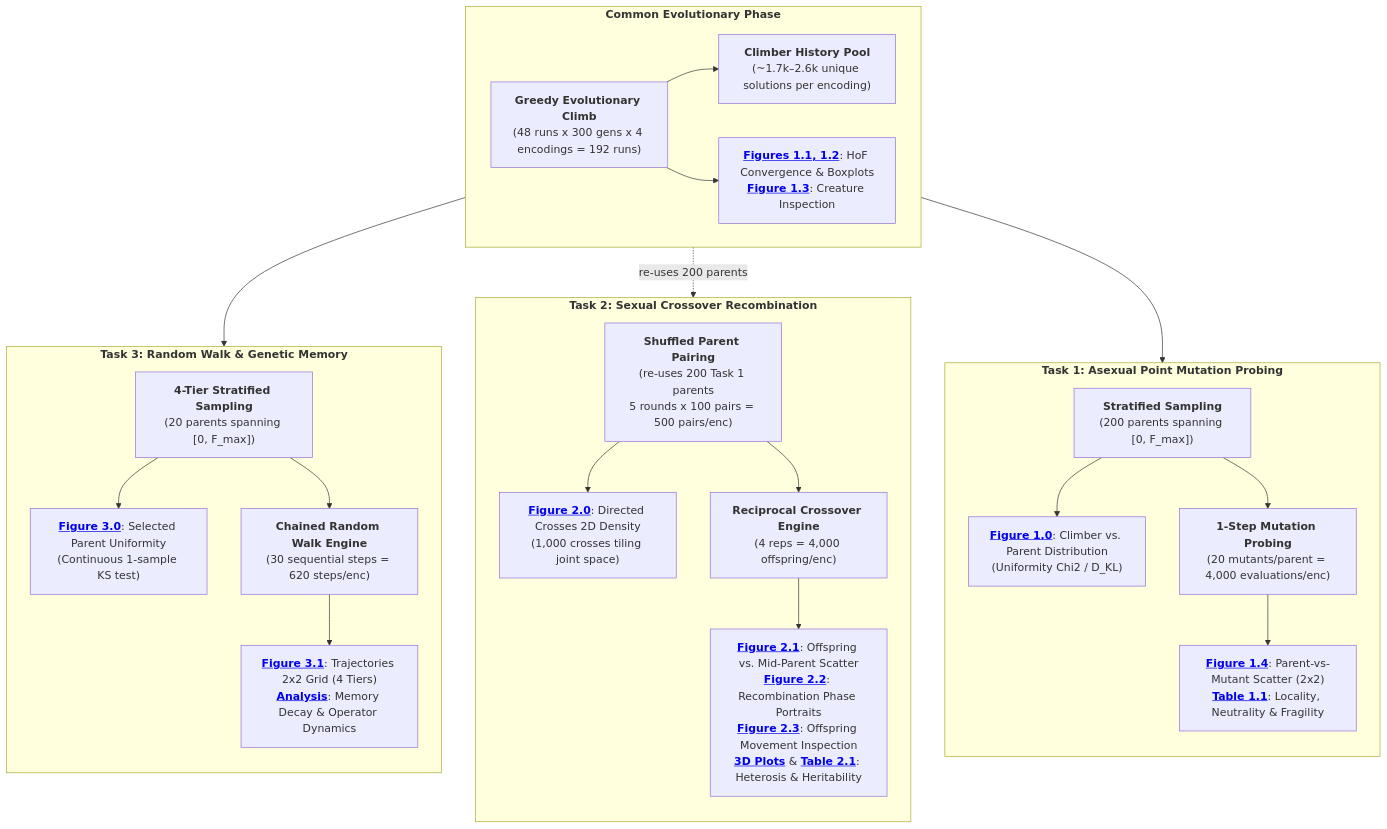
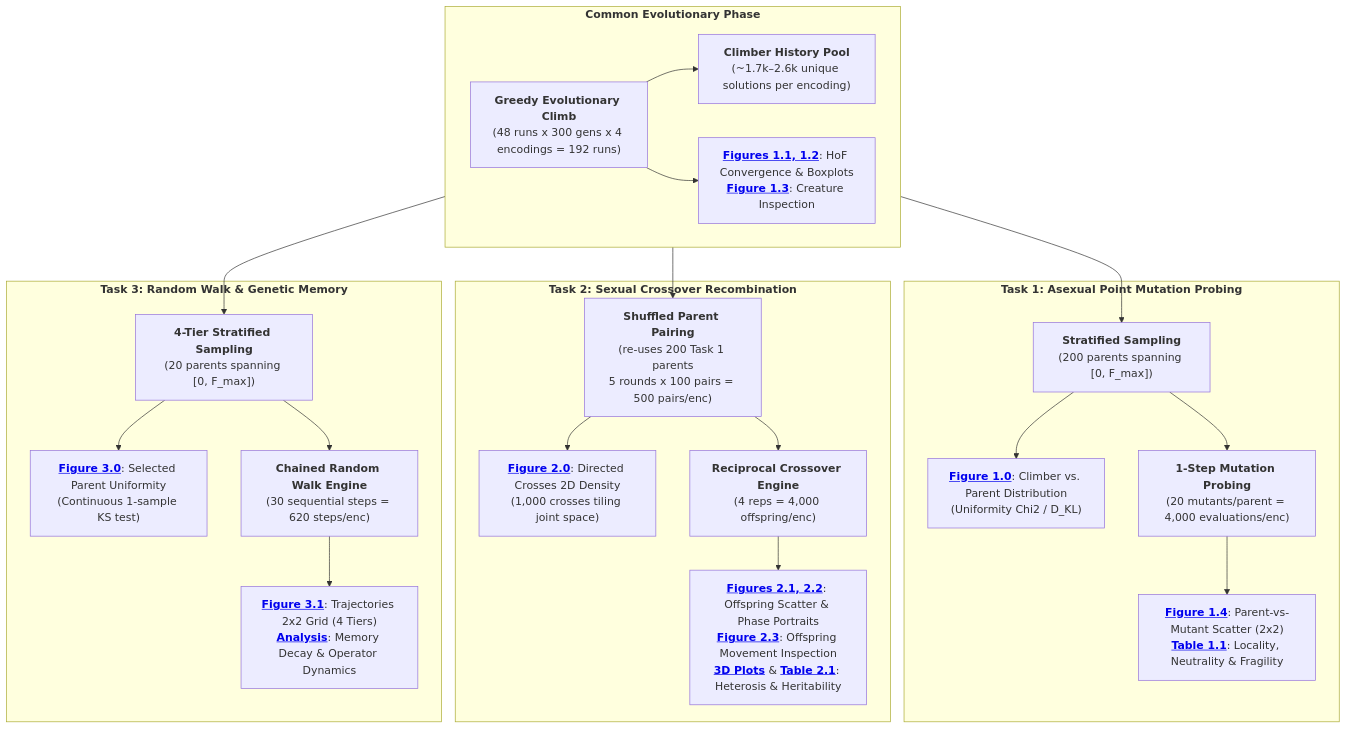
Before and after one commit to Klavierkonzert/msc-ai: the diagram in sem-1/BIA/Evolutionary Design/assignments/Assignment 6 - Fitness Landscape Exploration/README.md, drawn with Mermaid. The commit also changed other lines of this file, not shown here.

````diff
--- a/sem-1/BIA/Evolutionary Design/assignments/Assignment 6 - Fitness Landscape Exploration/README.md
+++ b/sem-1/BIA/Evolutionary Design/assignments/Assignment 6 - Fitness Landscape Exploration/README.md
@@ -48,47 +42,44 @@
 ```mermaid
 flowchart TD
     subgraph Base ["<b>Common Evolutionary Phase</b>"]
         direction LR
         Climb["<b>Greedy Evolutionary Climb</b><br>(48 runs x 300 gens x 4 encodings = 192 runs)"]
         Pool["<b>Climber History Pool</b><br>(~1.7k–2.6k unique solutions per encoding)"]
         Climb --> Pool
-        Climb --> Fig1_1["<a href=./task1/report.md#fig-evolution-mean-curves><b>Figures 1.1, 1.2</b></a>: HoF Convergence & Boxplots<br><a href=./task1/report.md#fig-best-creature-inspection><b>Figure 1.3</b></a>: Creature Inspection"]
+        Climb --> Fig1_1["<a href=./task1/README.md#fig-evolution-mean-curves><b>Figures 1.1, 1.2</b></a>: HoF Convergence & Boxplots<br><a href=./task1/README.md#fig-best-creature-inspection><b>Figure 1.3</b></a>: Creature Inspection"]
     end
 
     subgraph Task1 ["<b>Task 1: Asexual Point Mutation Probing</b>"]
-        direction TB
         T1_Sample["<b>Stratified Sampling</b><br>(200 parents spanning [0, F_max])"]
-        T1_Fig0["<a href=./task1/report.md#fig-distribution-parents-climbers><b>Figure 1.0</b></a>: Climber vs. Parent Distribution<br>(Uniformity Chi2 / D_KL)"]
+        T1_Fig0["<a href=./task1/README.md#fig-distribution-parents-climbers><b>Figure 1.0</b></a>: Climber vs. Parent Distribution<br>(Uniformity Chi2 / D_KL)"]
         T1_Probe["<b>1-Step Mutation Probing</b><br>(20 mutants/parent = 4,000 evaluations/enc)"]
-        T1_Fig4["<a href=./task1/report.md#fig-parent-mutant-fitness-scatter-plots><b>Figure 1.4</b></a>: Parent-vs-Mutant Scatter (2x2)<br><a href=./task1/report.md#table-neighborhood-characteristics><b>Table 1.1</b></a>: Locality, Neutrality & Fragility"]
+        T1_Fig4["<a href=./task1/README.md#fig-parent-mutant-fitness-scatter-plots><b>Figure 1.4</b></a>: Parent-vs-Mutant Scatter (2x2)<br><a href=./task1/README.md#table-neighborhood-characteristics><b>Table 1.1</b></a>: Locality, Neutrality & Fragility"]
         
         T1_Sample --> T1_Fig0
         T1_Sample --> T1_Probe --> T1_Fig4
     end
 
     subgraph Task2 ["<b>Task 2: Sexual Crossover Recombination</b>"]
-        direction TB
         T2_Pairs["<b>Shuffled Parent Pairing</b><br>(re-uses 200 Task 1 parents<br>5 rounds x 100 pairs = 500 pairs/enc)"]
-        T2_Fig0["<a href=./task2/report.md#fig-parents-distribution><b>Figure 2.0</b></a>: Directed Crosses 2D Density<br>(1,000 crosses tiling joint space)"]
+        T2_Fig0["<a href=./task2/README.md#fig-parents-distribution><b>Figure 2.0</b></a>: Directed Crosses 2D Density<br>(1,000 crosses tiling joint space)"]
         T2_Cross["<b>Reciprocal Crossover Engine</b><br>(4 reps = 4,000 offspring/enc)"]
-        T2_Plots["<a href=./task2/report.md#fig-crossover-scatter><b>Figure 2.1</b></a>: Offspring vs. Mid-Parent Scatter<br><a href=./task2/report.md#fig-crossover-phase-portrait><b>Figure 2.2</b></a>: Recombination Phase Portraits<br><a href=./task2/report.md#fig-example-offspring><b>Figure 2.3</b></a>: Offspring Movement Inspection<br><a href=./task2/report.md#3d-plots><b>3D Plots</b></a> & <a href=./task2/report.md#table-crossover-summary><b>Table 2.1</b></a>: Heterosis & Heritability"]
+        T2_Plots["<a href=./task2/README.md#fig-crossover-scatter><b>Figures 2.1, 2.2</b></a>: Offspring Scatter & Phase Portraits<br><a href=./task2/README.md#fig-example-offspring><b>Figure 2.3</b></a>: Offspring Movement Inspection<br><a href=./task2/README.md#3d-plots><b>3D Plots</b></a> & <a href=./task2/README.md#table-crossover-summary><b>Table 2.1</b></a>: Heterosis & Heritability"]
         
         T2_Pairs --> T2_Fig0
         T2_Pairs --> T2_Cross --> T2_Plots
     end
 
     subgraph Task3 ["<b>Task 3: Random Walk & Genetic Memory</b>"]
-        direction TB
         T3_Sample["<b>4-Tier Stratified Sampling</b><br>(20 parents spanning [0, F_max])"]
-        T3_Fig0["<a href=./task3/report.md#fig-parents-uniformity><b>Figure 3.0</b></a>: Selected Parent Uniformity<br>(Continuous 1-sample KS test)"]
+        T3_Fig0["<a href=./task3/README.md#fig-parents-uniformity><b>Figure 3.0</b></a>: Selected Parent Uniformity<br>(Continuous 1-sample KS test)"]
         T3_Walk["<b>Chained Random Walk Engine</b><br>(30 sequential steps = 620 steps/enc)"]
-        T3_Fig1["<a href=./task3/report.md#fig-trajectories-2x2><b>Figure 3.1</b></a>: Trajectories 2x2 Grid (4 Tiers)<br><a href=./task3/report.md#interpretation-solution-as-memory--landscape-topology><b>Analysis</b></a>: Memory Decay & Operator Dynamics"]
+        T3_Fig1["<a href=./task3/README.md#fig-trajectories-2x2><b>Figure 3.1</b></a>: Trajectories 2x2 Grid (4 Tiers)<br><a href=./task3/README.md#interpretation-solution-as-memory--landscape-topology><b>Analysis</b></a>: Memory Decay & Operator Dynamics"]
         
         T3_Sample --> T3_Fig0
         T3_Sample --> T3_Walk --> T3_Fig1
     end
 
     Pool --> T1_Sample
-    Pool -.->|re-uses 200 parents| T2_Pairs
+    Pool --> T2_Pairs
     Pool --> T3_Sample
 ```
````
